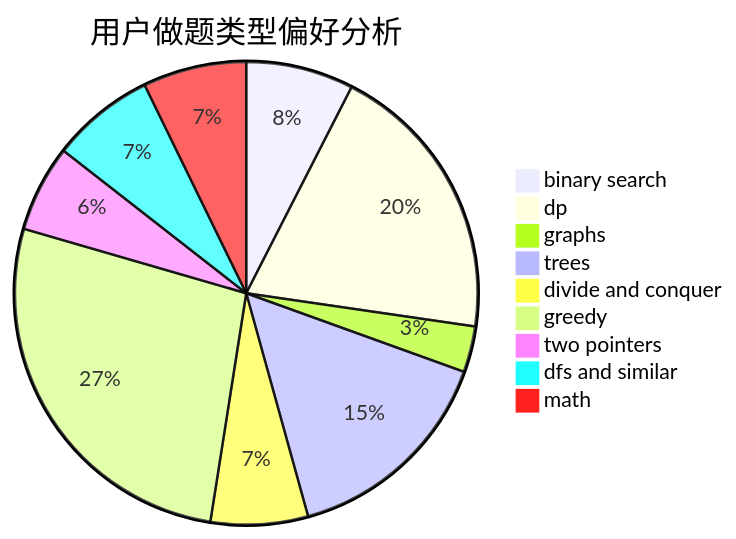
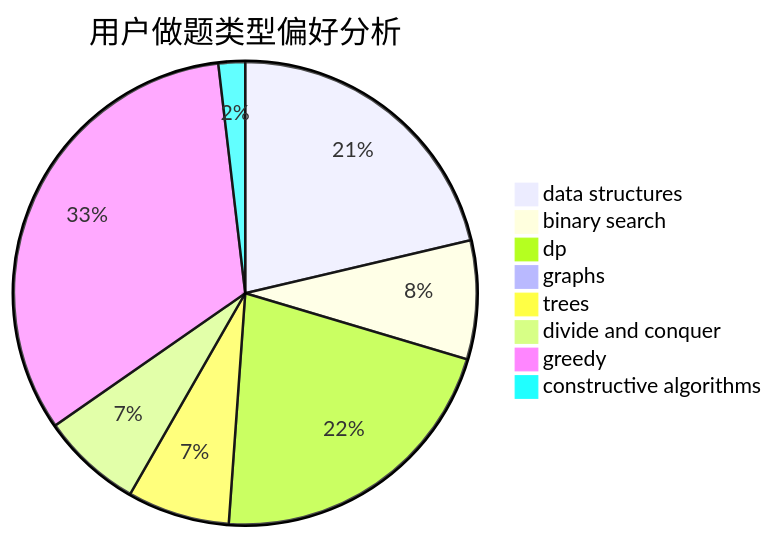
One commit to sherpahu/cfrs.github.io changed the second of 3 diagrams in docs/user/u870.md. Above: the diagram before and after it, drawn with Mermaid. The commit also changed other lines of this file and 2775 other files, not shown here.

````diff
--- a/docs/user/u870.md
+++ b/docs/user/u870.md
@@ -23,12 +23,11 @@
 ```mermaid
 pie title 用户做题类型偏好分析
-    "binary search" :  103
-    "dp" :  271
-    "graphs" :  44
-    "trees" :  208
-    "divide and conquer" :  93
-    "greedy" :  370
-    "two pointers" :  83
-    "dfs and similar" :  99
-    "math" :  99
+    "data structures" :  206
+    "binary search" :  80
+    "dp" :  208
+    "graphs" :  0
+    "trees" :  69
+    "divide and conquer" :  68
+    "greedy" :  317
+    "constructive algorithms" :  18
 ```
````
